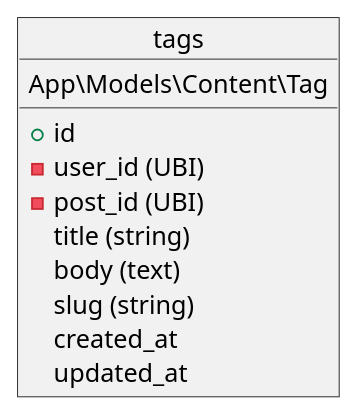
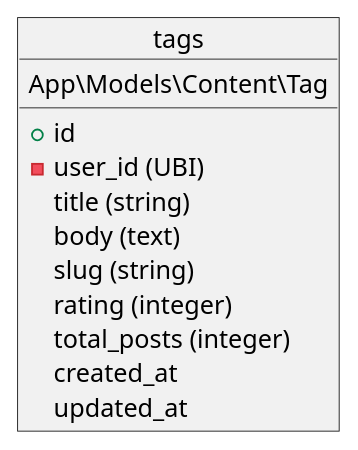
One commit to fesh-biz/7dab changed the diagram in info/database/tables/content/tags.puml. Above: the diagram before and after it, drawn with PlantUML. The commit also changed 4 other files, not shown here.

```diff
--- a/info/database/tables/content/tags.puml
+++ b/info/database/tables/content/tags.puml
@@ -1,16 +1,17 @@
 @startuml
 object tags {
     App\Models\Content\Tag
     __
     + id
     - user_id (UBI)
-    - post_id (UBI)
 
     title (string)
     body (text)
     slug (string)
+    rating (integer)
+    total_posts (integer)
 
     created_at
     updated_at
 }
 @enduml
```
